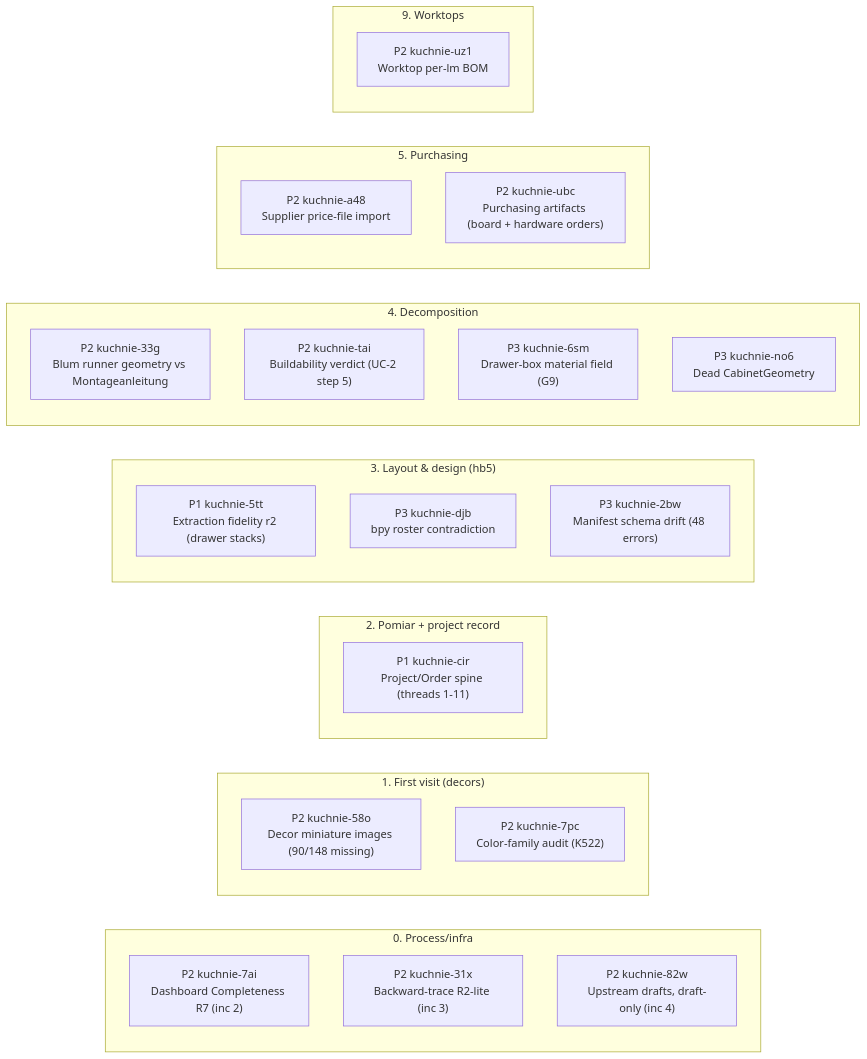
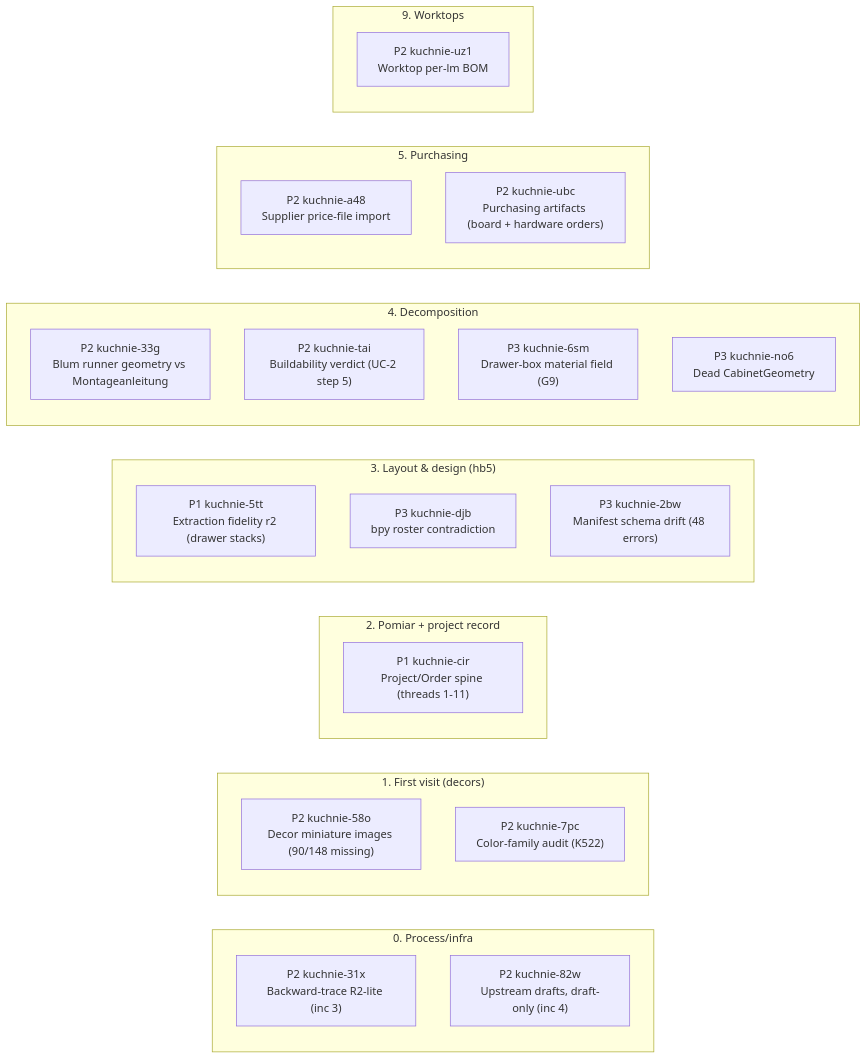
Before and after one commit to m1981/kuchnie: the first of 2 diagrams in STATUS.md, drawn with Mermaid. The commit also changed other lines of this file and 3 other files, not shown here.

First line of the commit message:
dashboard: Completeness (R7) view — use-cases Acceptance vs ledger (wk-9d77de94, inc 2)

````diff
--- a/STATUS.md
+++ b/STATUS.md
@@ -37,33 +48,32 @@
 ```mermaid
 flowchart LR
     subgraph s0 ["0. Process/infra"]
-        kuchnie_7ai["P2 kuchnie-7ai<br/>Dashboard Completeness R7 (inc 2)"]
         kuchnie_31x["P2 kuchnie-31x<br/>Backward-trace R2-lite (inc 3)"]
         kuchnie_82w["P2 kuchnie-82w<br/>Upstream drafts, draft-only (inc 4)"]
     end
     subgraph s1 ["1. First visit (decors)"]
         kuchnie_58o["P2 kuchnie-58o<br/>Decor miniature images (90/148 missing)"]
         kuchnie_7pc["P2 kuchnie-7pc<br/>Color-family audit (K522)"]
     end
     subgraph s2 ["2. Pomiar + project record"]
         kuchnie_cir["P1 kuchnie-cir<br/>Project/Order spine (threads 1-11)"]
     end
     subgraph s3 ["3. Layout & design (hb5)"]
         kuchnie_5tt["P1 kuchnie-5tt<br/>Extraction fidelity r2 (drawer stacks)"]
         kuchnie_djb["P3 kuchnie-djb<br/>bpy roster contradiction"]
         kuchnie_2bw["P3 kuchnie-2bw<br/>Manifest schema drift (48 errors)"]
     end
     subgraph s4 ["4. Decomposition"]
         kuchnie_33g["P2 kuchnie-33g<br/>Blum runner geometry vs Montageanleitung"]
         kuchnie_tai["P2 kuchnie-tai<br/>Buildability verdict (UC-2 step 5)"]
         kuchnie_6sm["P3 kuchnie-6sm<br/>Drawer-box material field (G9)"]
         kuchnie_no6["P3 kuchnie-no6<br/>Dead CabinetGeometry"]
     end
     subgraph s5 ["5. Purchasing"]
         kuchnie_a48["P2 kuchnie-a48<br/>Supplier price-file import"]
         kuchnie_ubc["P2 kuchnie-ubc<br/>Purchasing artifacts (board + hardware orders)"]
     end
     subgraph s9 ["9. Worktops"]
         kuchnie_uz1["P2 kuchnie-uz1<br/>Worktop per-lm BOM"]
     end
 ```
````
